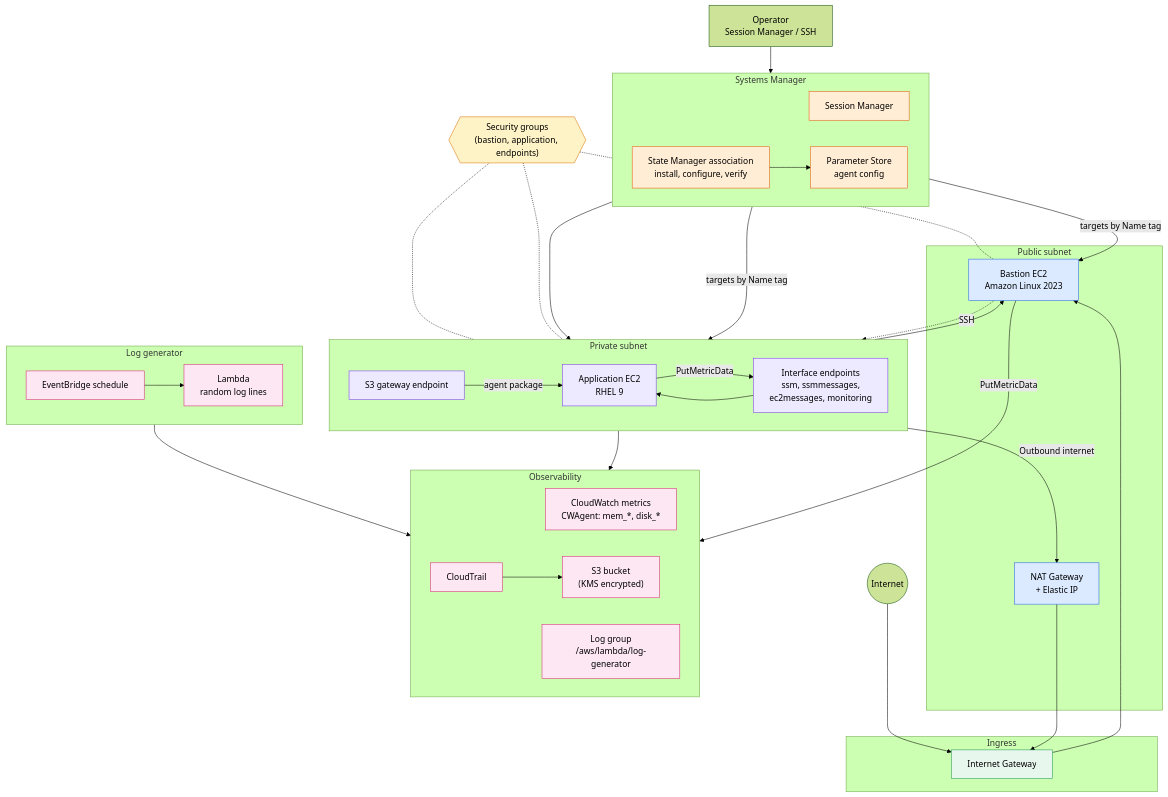
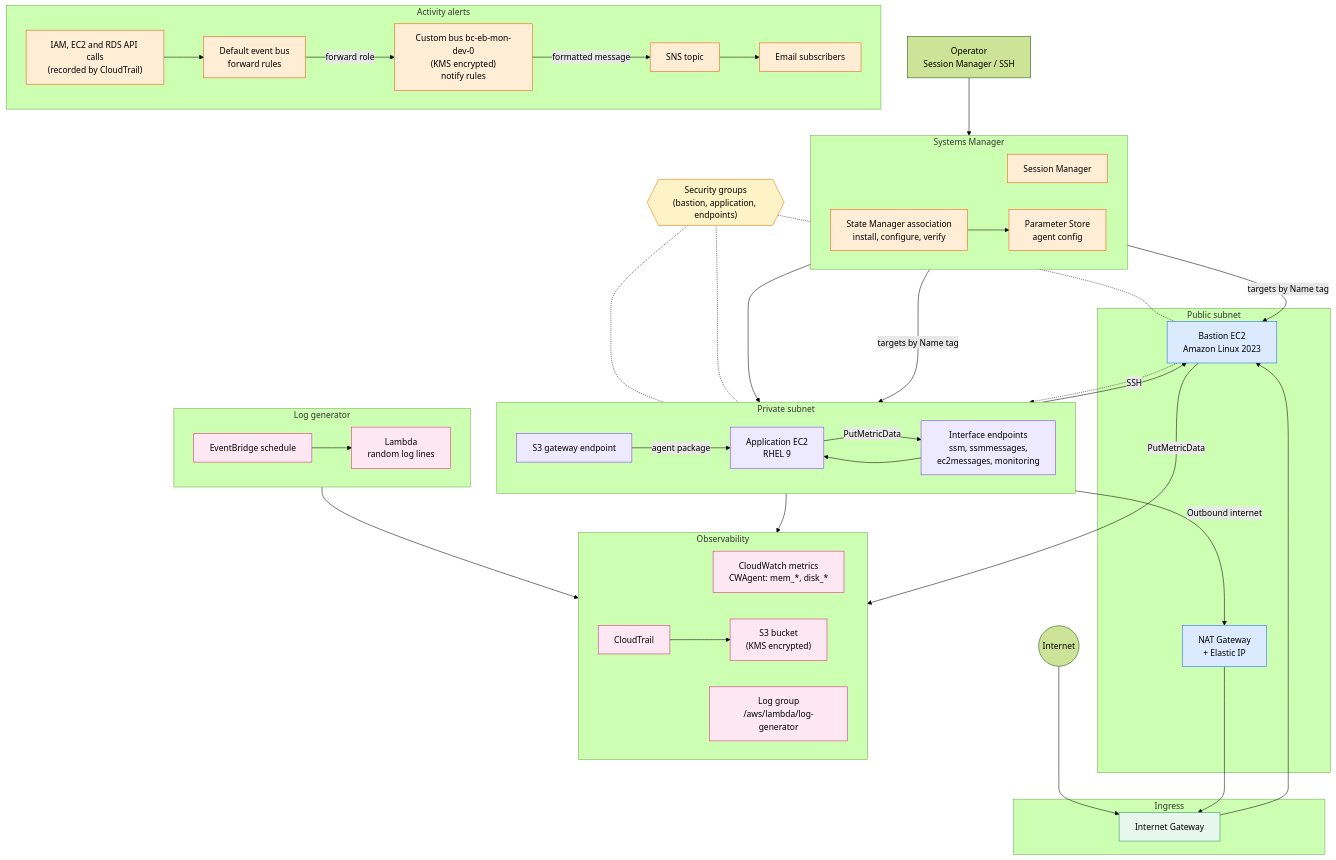
The first of 2 diagrams in modules/impl/ec2-ssm-cloudtrail/README.md (BigCat3997/pinwheel-aws-infra), drawn with Mermaid (forest theme) before and after one commit. The commit also changed other lines of this file and 6 other files, not shown here.

Commit message:
enhance tracking resources by eventbridge: notify email when resource change its state

````diff
--- a/modules/impl/ec2-ssm-cloudtrail/README.md
+++ b/modules/impl/ec2-ssm-cloudtrail/README.md
@@ -51,6 +54,15 @@
     lambda["Lambda<br/>random log lines"]
   end
 
+  subgraph alerting["Activity alerts"]
+    direction LR
+    api_calls["IAM, EC2 and RDS API calls<br/>(recorded by CloudTrail)"]
+    default_bus["Default event bus<br/>forward rules"]
+    mon_bus["Custom bus bc-eb-mon-dev-0<br/>(KMS encrypted)<br/>notify rules"]
+    sns["SNS topic"]
+    email["Email subscribers"]
+  end
+
   sg{{"Security groups<br/>(bastion, application, endpoints)"}}
 
   internet --> igw
@@ -76,6 +88,11 @@
 
   trail --> bucket
 
+  api_calls --> default_bus
+  default_bus -->|"forward role"| mon_bus
+  mon_bus -->|"formatted message"| sns
+  sns --> email
+
   sg -.- bastion
   sg -.- app
   sg -.- vpce
@@ -91,5 +108,6 @@
   class app,vpce,s3vpce privateTier
   class ssm,state,config mgmt
   class cwmetrics,gen_logs,trail,bucket,schedule,lambda obs
+  class api_calls,default_bus,mon_bus,sns,email mgmt
   class sg sgClass
 ```
````
